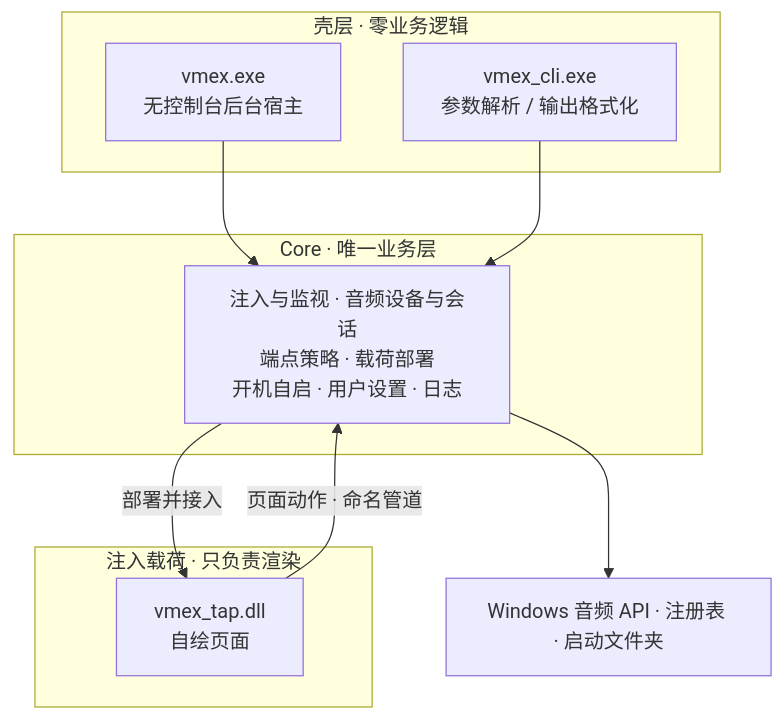
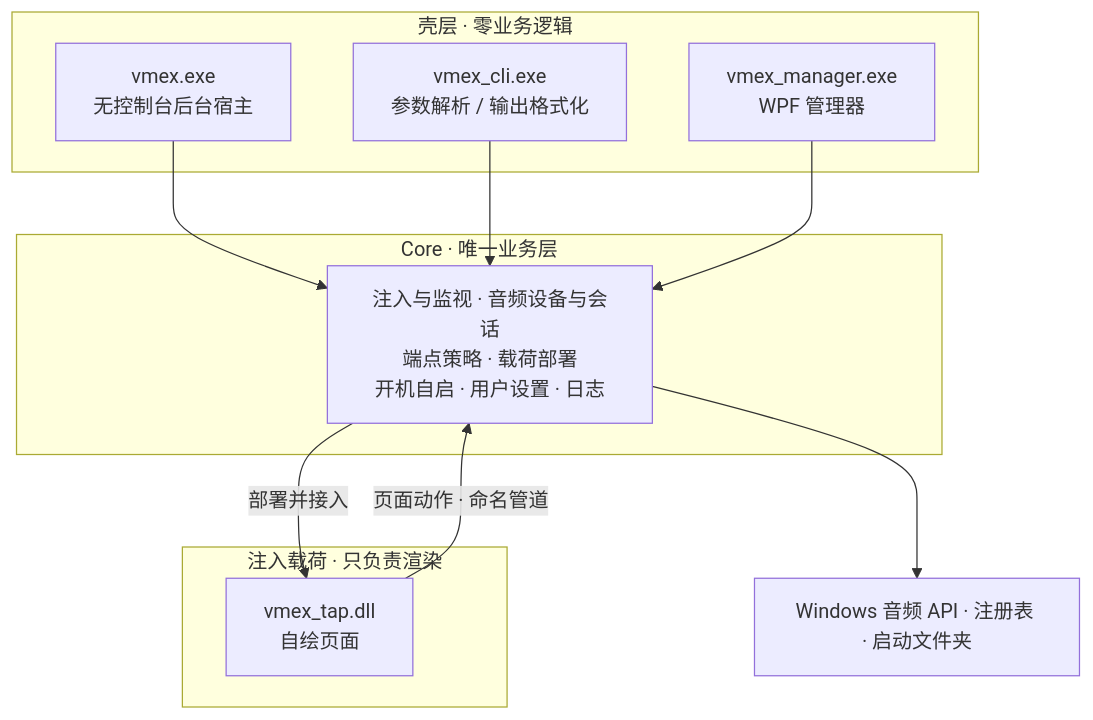
Before and after one commit to EricZhang233/VolumeMixerExtender: the diagram in README.md, drawn with Mermaid. The commit also changed other lines of this file and 36 other files, not shown here.

````diff
--- a/README.md
+++ b/README.md
@@ -148,18 +153,20 @@
 ```mermaid
 flowchart TB
     subgraph Shell["壳层 · 零业务逻辑"]
         HOST["vmex.exe<br/>无控制台后台宿主"]
         CLI["vmex_cli.exe<br/>参数解析 / 输出格式化"]
+        GUI["vmex_manager.exe<br/>WPF 管理器"]
     end
     subgraph Core["Core · 唯一业务层"]
         SVC["注入与监视 · 音频设备与会话<br/>端点策略 · 载荷部署<br/>开机自启 · 用户设置 · 日志"]
     end
     subgraph Payload["注入载荷 · 只负责渲染"]
         TAP["vmex_tap.dll<br/>自绘页面"]
     end
     HOST --> SVC
     CLI --> SVC
+    GUI --> SVC
     SVC -->|部署并接入| TAP
     TAP -->|页面动作 · 命名管道| SVC
     SVC --> OS["Windows 音频 API · 注册表 · 启动文件夹"]
 ```
````
